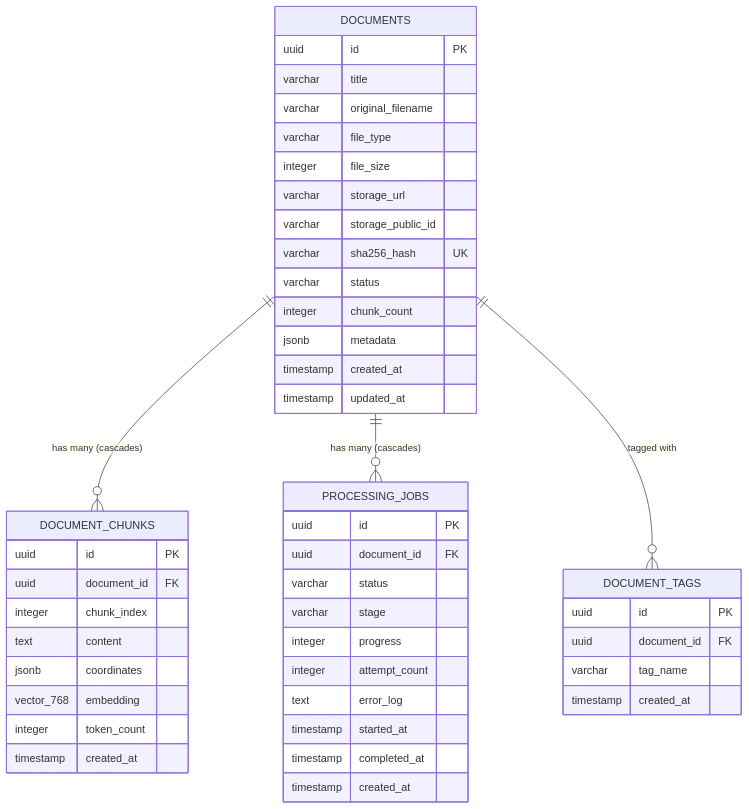
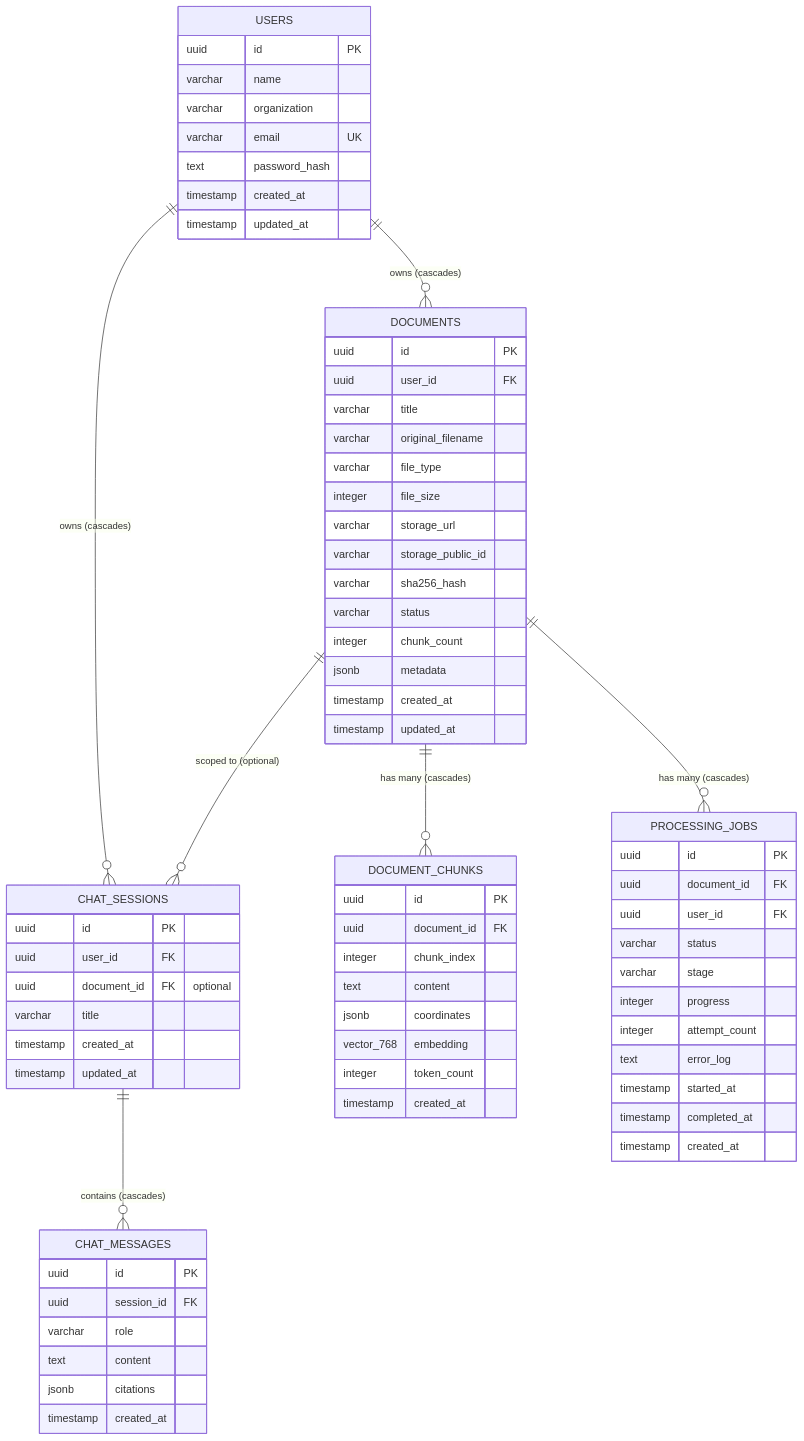
One commit to Sudalaimani777/DocuMind changed the diagram in docs/DATABASE_DESIGN.md. Above: the diagram before and after it, drawn with Mermaid. The commit also changed other lines of this file and 16 other files, not shown here.

````diff
--- a/docs/DATABASE_DESIGN.md
+++ b/docs/DATABASE_DESIGN.md
@@ -11,53 +11,79 @@
 ```mermaid
 erDiagram
+    USERS ||--o{ DOCUMENTS : "owns (cascades)"
+    USERS ||--o{ CHAT_SESSIONS : "owns (cascades)"
     DOCUMENTS ||--o{ DOCUMENT_CHUNKS : "has many (cascades)"
     DOCUMENTS ||--o{ PROCESSING_JOBS : "has many (cascades)"
-    DOCUMENTS ||--o{ DOCUMENT_TAGS : "tagged with"
+    CHAT_SESSIONS ||--o{ CHAT_MESSAGES : "contains (cascades)"
+    DOCUMENTS ||--o{ CHAT_SESSIONS : "scoped to (optional)"
+
+    USERS {
+        uuid id PK
+        varchar name
+        varchar organization
+        varchar email UK
+        text password_hash
+        timestamp created_at
+        timestamp updated_at
+    }
 
     DOCUMENTS {
         uuid id PK
+        uuid user_id FK
         varchar title
         varchar original_filename
         varchar file_type
         integer file_size
         varchar storage_url
         varchar storage_public_id
-        varchar sha256_hash UK
+        varchar sha256_hash
         varchar status
         integer chunk_count
         jsonb metadata
         timestamp created_at
         timestamp updated_at
     }
 
     DOCUMENT_CHUNKS {
         uuid id PK
         uuid document_id FK
         integer chunk_index
         text content
         jsonb coordinates
         vector_768 embedding
         integer token_count
         timestamp created_at
     }
 
     PROCESSING_JOBS {
         uuid id PK
         uuid document_id FK
+        uuid user_id FK
         varchar status
         varchar stage
         integer progress
         integer attempt_count
         text error_log
         timestamp started_at
         timestamp completed_at
         timestamp created_at
     }
 
-    DOCUMENT_TAGS {
+    CHAT_SESSIONS {
         uuid id PK
-        uuid document_id FK
-        varchar tag_name
+        uuid user_id FK
+        uuid document_id FK "optional"
+        varchar title
+        timestamp created_at
+        timestamp updated_at
+    }
+
+    CHAT_MESSAGES {
+        uuid id PK
+        uuid session_id FK
+        varchar role
+        text content
+        jsonb citations
         timestamp created_at
     }
 ```
````
